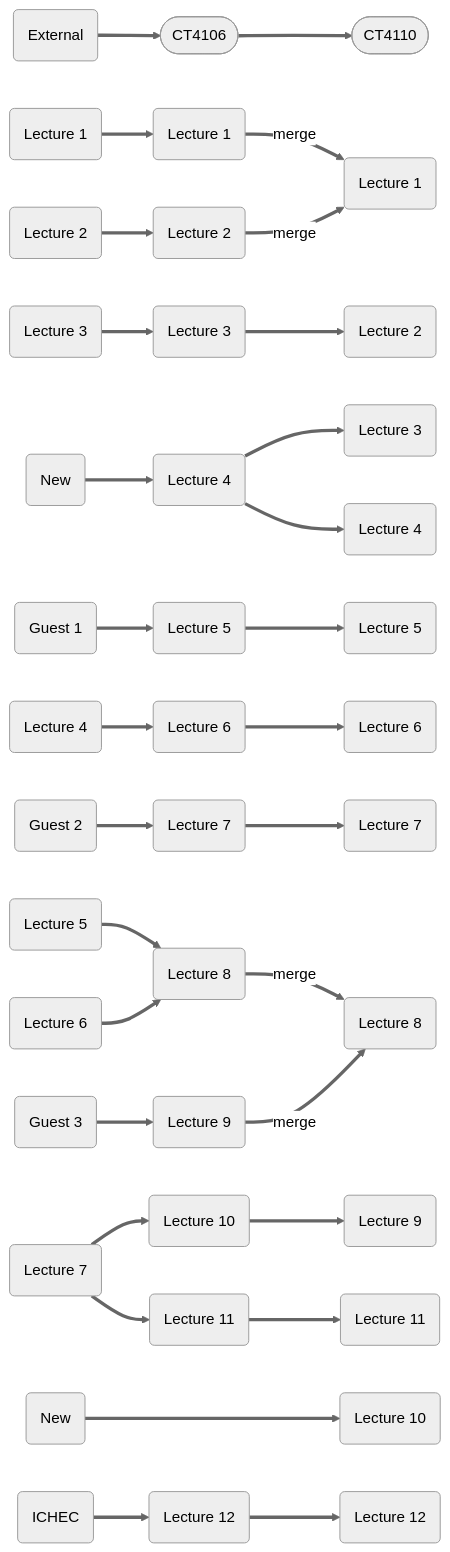
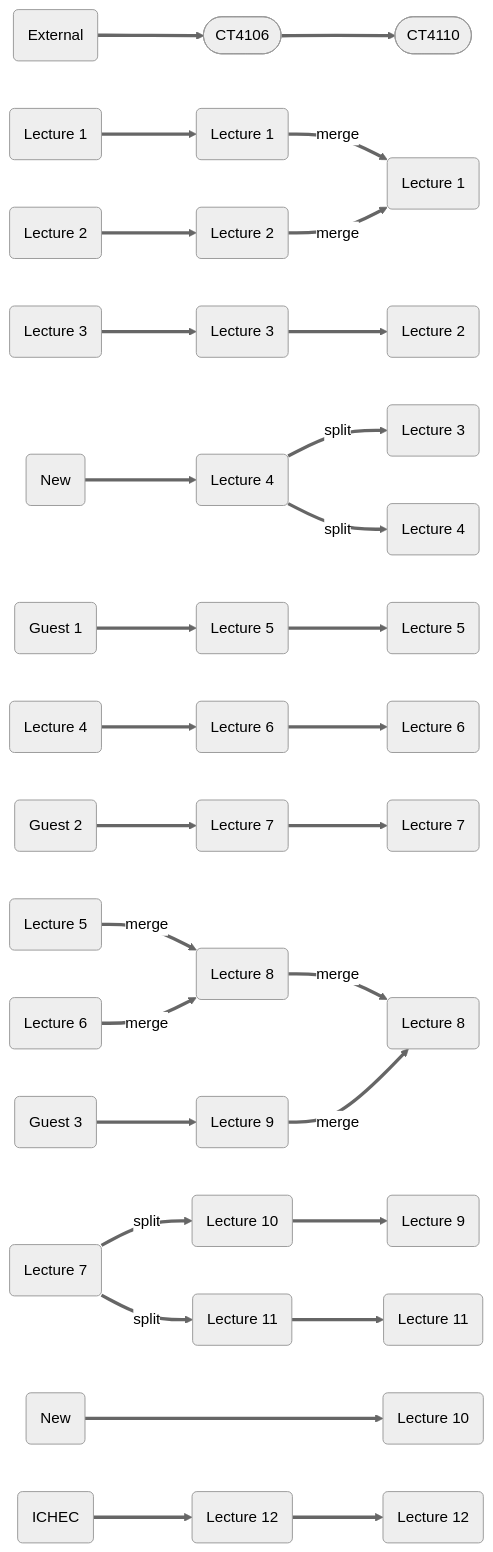
One commit to ICHEC/qpcc changed the diagram in README.md. Above: the diagram before and after it, drawn with Mermaid (neutral theme).

Commit message:
minor change

````diff
--- a/README.md
+++ b/README.md
@@ -9,19 +9,18 @@
 ```mermaid
 graph LR
 Old("External") ==> New(["CT4106"]) ==> New1(["CT4110"])
 1o(Lecture 1) ==> 1n(Lecture 1) ==merge==> l1(Lecture 1)
 2o(Lecture 2) ==> 2n(Lecture 2) ==merge==> l1(Lecture 1)
 3o(Lecture 3) ==> 3n(Lecture 3) ==> l2(Lecture 2)
-new1("New") ==> 4n(Lecture 4) ==> l3(Lecture 3) & l4(Lecture 4)
+new1("New") ==> 4n(Lecture 4) ==split==> l3(Lecture 3) & l4(Lecture 4)
 new2("Guest 1") ==> 5n(Lecture 5) ==> l5(Lecture 5)
 4o(Lecture 4) ==> 6n(Lecture 6) ==> l6(Lecture 6)
 new3("Guest 2") ==> 7n(Lecture 7) ==> l7(Lecture 7)
-5o(Lecture 5) & 6o(Lecture 6) ==> 8n(Lecture 8) ==merge==> l8(Lecture 8)
+5o(Lecture 5) & 6o(Lecture 6) ==merge==> 8n(Lecture 8) ==merge==> l8(Lecture 8)
 new4("Guest 3") ==> 9n(Lecture 9) ==merge==> l8
-7o(Lecture 7) ==> 10n(Lecture 10) & 11n(Lecture 11)
+7o(Lecture 7) ==split==> 10n(Lecture 10) & 11n(Lecture 11)
 10n ==> l9(Lecture 9)
 new5("New") ===> l10(Lecture 10)
 11n ==> l11(Lecture 11)
 new6("ICHEC") ==> 12n(Lecture 12) ==> l12(Lecture 12)
-
 ```
````
